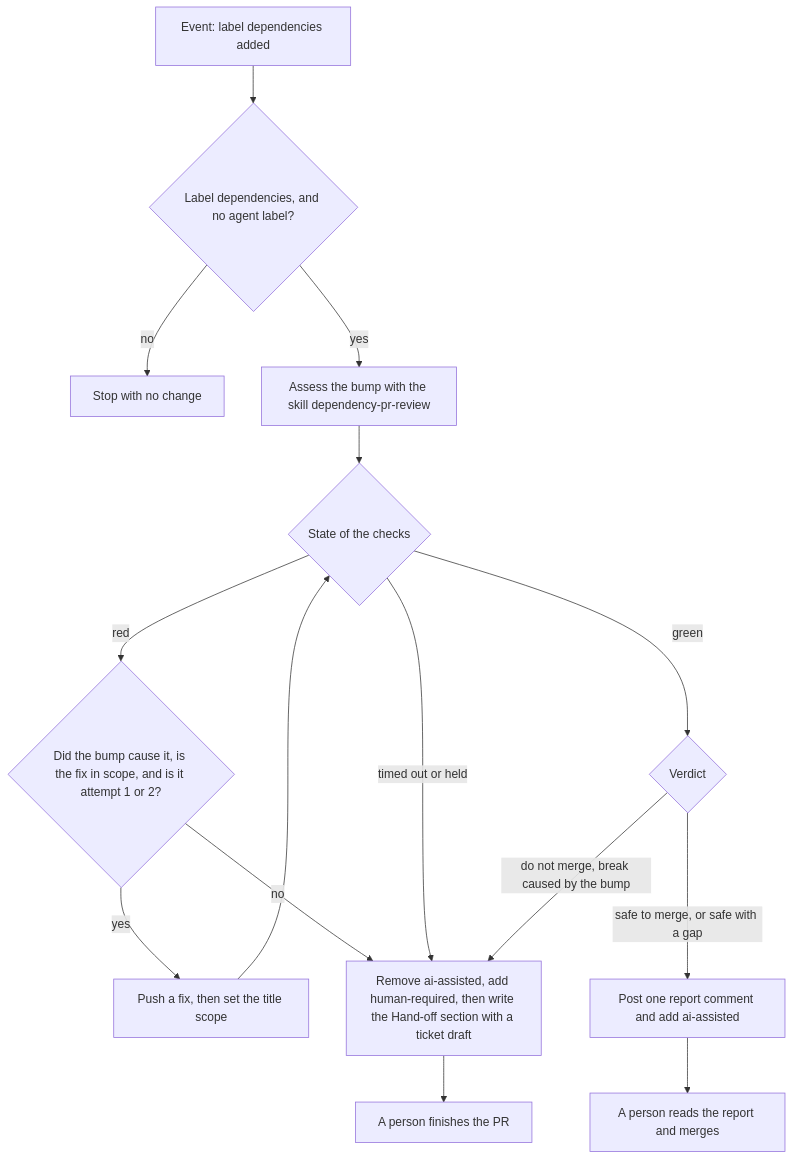
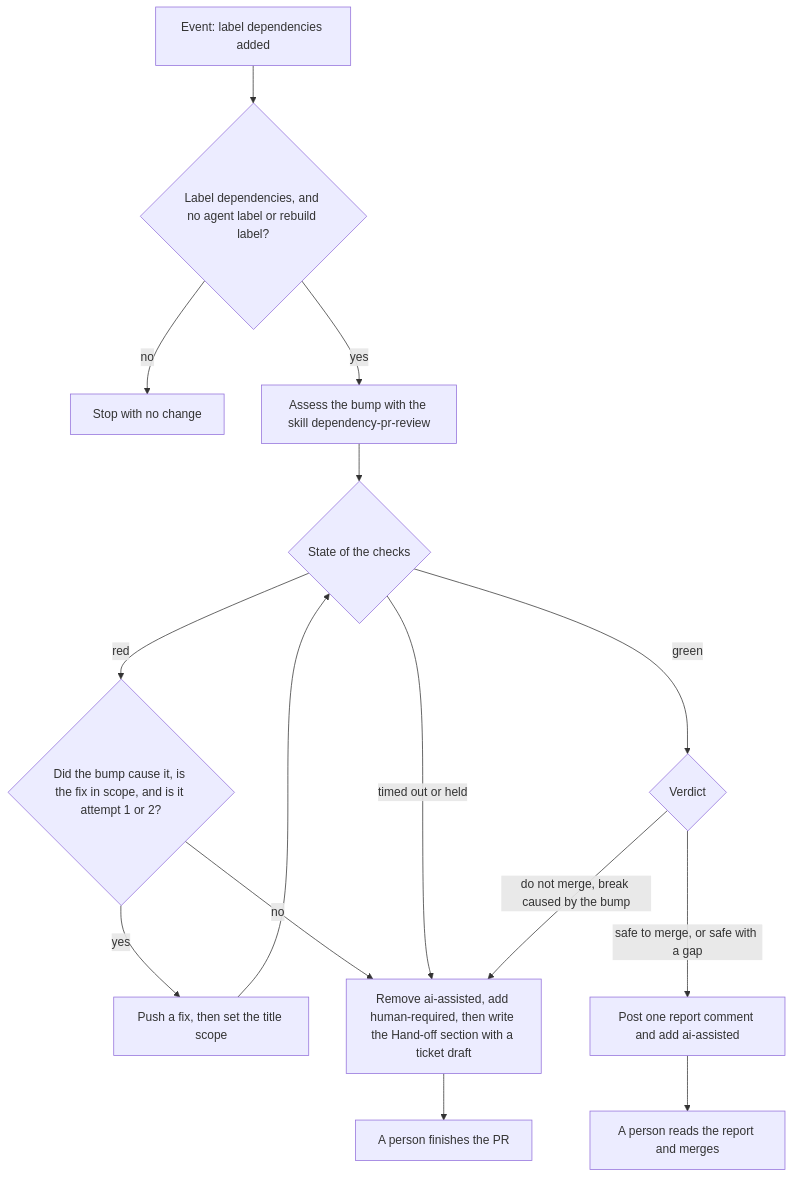
Before and after one commit to Unique-AG/connectors: the third of 7 diagrams in docs/security/dependencies.md, drawn with Mermaid. The commit also changed 2 other files, not shown here.

Commit message:
fix(agentic,docs): post the report with a 403 token and close the prose gaps in the skill

````diff
--- a/docs/security/dependencies.md
+++ b/docs/security/dependencies.md
@@ -56,17 +56,17 @@
 ```mermaid
 flowchart TD
-  opened[Event: label dependencies added] --> labels{"Label dependencies, and no agent label?"}
+  opened[Event: label dependencies added] --> labels{"Label dependencies, and no agent label or rebuild label?"}
   labels -->|no| stop[Stop with no change]
   labels -->|yes| assess[Assess the bump with the skill dependency-pr-review]
   assess --> ci{State of the checks}
   ci -->|green| verdict{Verdict}
   ci -->|red| cause{"Did the bump cause it, is the fix in scope, and is it attempt 1 or 2?"}
   cause -->|yes| fix[Push a fix, then set the title scope]
   fix --> ci
   cause -->|no| handoff["Remove ai-assisted, add human-required, then write the Hand-off section with a ticket draft"]
   ci -->|timed out or held| handoff
   verdict -->|safe to merge, or safe with a gap| report[Post one report comment and add ai-assisted]
   verdict -->|do not merge, break caused by the bump| handoff
   report --> merge[A person reads the report and merges]
   handoff --> finish[A person finishes the PR]
 ```
````
